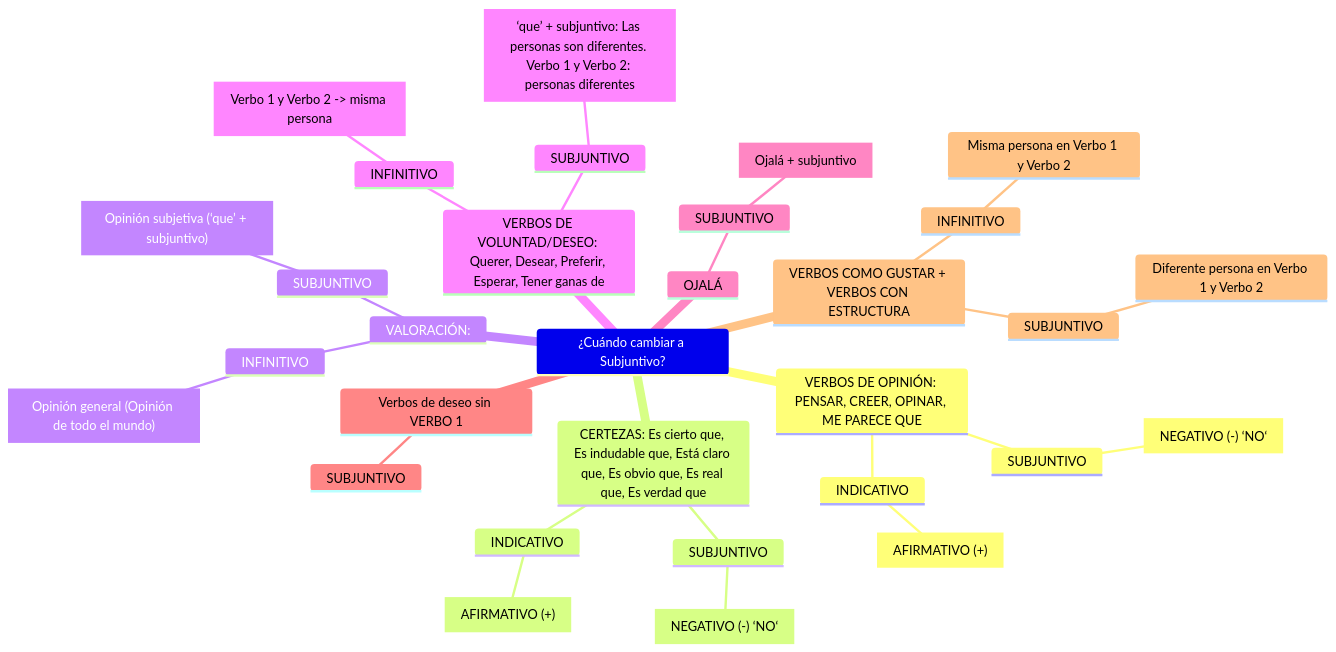
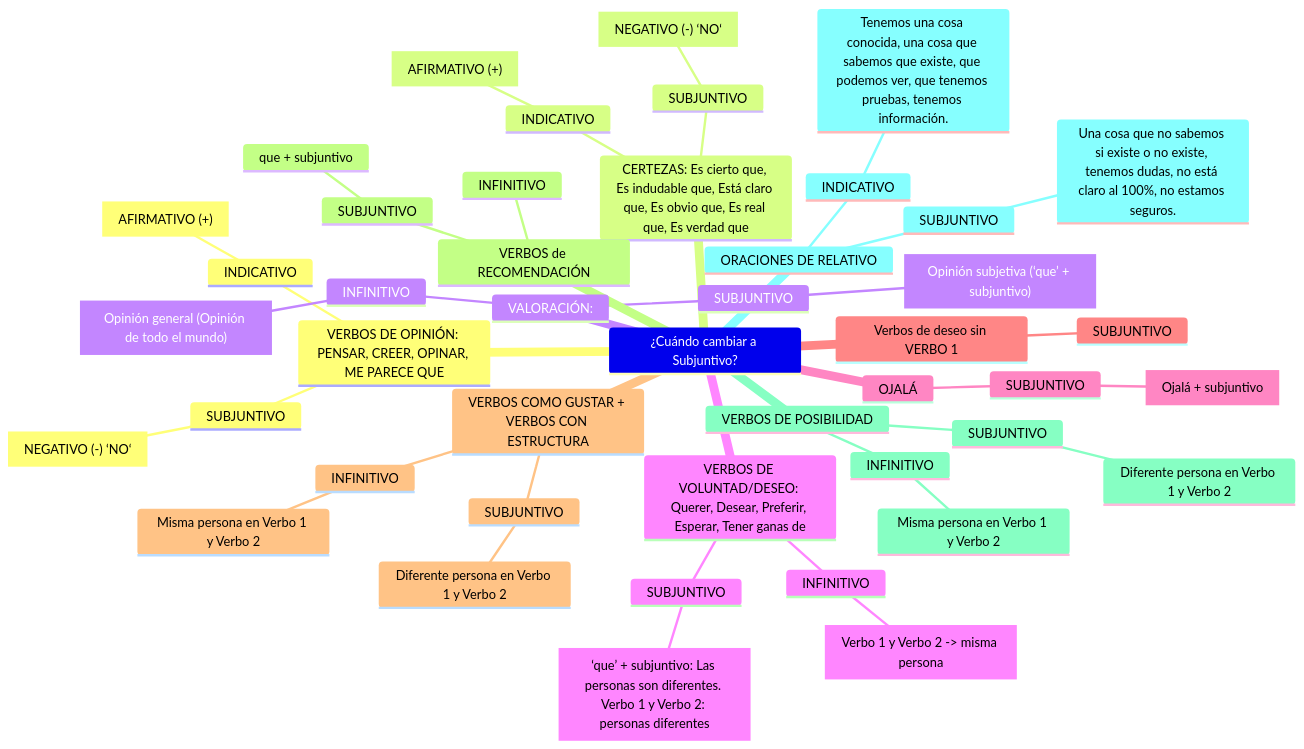
The second of 2 diagrams in test.md (bibenga/docker-django-play), drawn with Mermaid before and after one commit.

````diff
--- a/test.md
+++ b/test.md
@@ -23,34 +23,49 @@
 ```mermaid
 mindmap
 ¿Cuándo cambiar a Subjuntivo?
     VERBOS DE OPINIÓN: PENSAR, CREER, OPINAR, ME PARECE QUE
         INDICATIVO
             ["AFIRMATIVO (+)"]
         SUBJUNTIVO
             ["NEGATIVO (-) ‘NO‘"]
     CERTEZAS: Es cierto que, Es indudable que, Está claro que, Es obvio que, Es real que, Es verdad que
         INDICATIVO
             ["AFIRMATIVO (+)"]
         SUBJUNTIVO
             ["NEGATIVO (-) ‘NO‘"]
     VALORACIÓN:
         INFINITIVO
             ["Opinión general (Opinión de todo el mundo)"]
         SUBJUNTIVO
             ["Opinión subjetiva (‘que’ + subjuntivo)"]
     VERBOS DE VOLUNTAD/DESEO: Querer, Desear, Preferir, Esperar, Tener ganas de
         INFINITIVO
             ["Verbo 1 y Verbo 2 -> misma persona"]
         SUBJUNTIVO
             ["‘que’ + subjuntivo: Las personas son diferentes. Verbo 1 y Verbo 2: personas diferentes"]
     OJALÁ
         SUBJUNTIVO
             ["Ojalá + subjuntivo"]
     Verbos de deseo sin VERBO 1
         SUBJUNTIVO
     VERBOS COMO GUSTAR + VERBOS CON ESTRUCTURA
         INFINITIVO
             Misma persona en Verbo 1 y Verbo 2
         SUBJUNTIVO
             Diferente persona en Verbo 1 y Verbo 2
+    VERBOS de RECOMENDACIÓN
+        INFINITIVO
+        SUBJUNTIVO
+            que + subjuntivo
+    VERBOS DE POSIBILIDAD
+        INFINITIVO
+            Misma persona en Verbo 1 y Verbo 2
+        SUBJUNTIVO
+            Diferente persona en Verbo 1 y Verbo 2
+    ORACIONES DE RELATIVO
+        INDICATIVO
+            Tenemos una cosa conocida, una cosa que sabemos que existe, que podemos ver, que tenemos pruebas, tenemos información.
+        SUBJUNTIVO
+            Una cosa que no sabemos si existe o no existe, tenemos dudas, no está claro al 100%, no estamos seguros.
+
 ```
````
